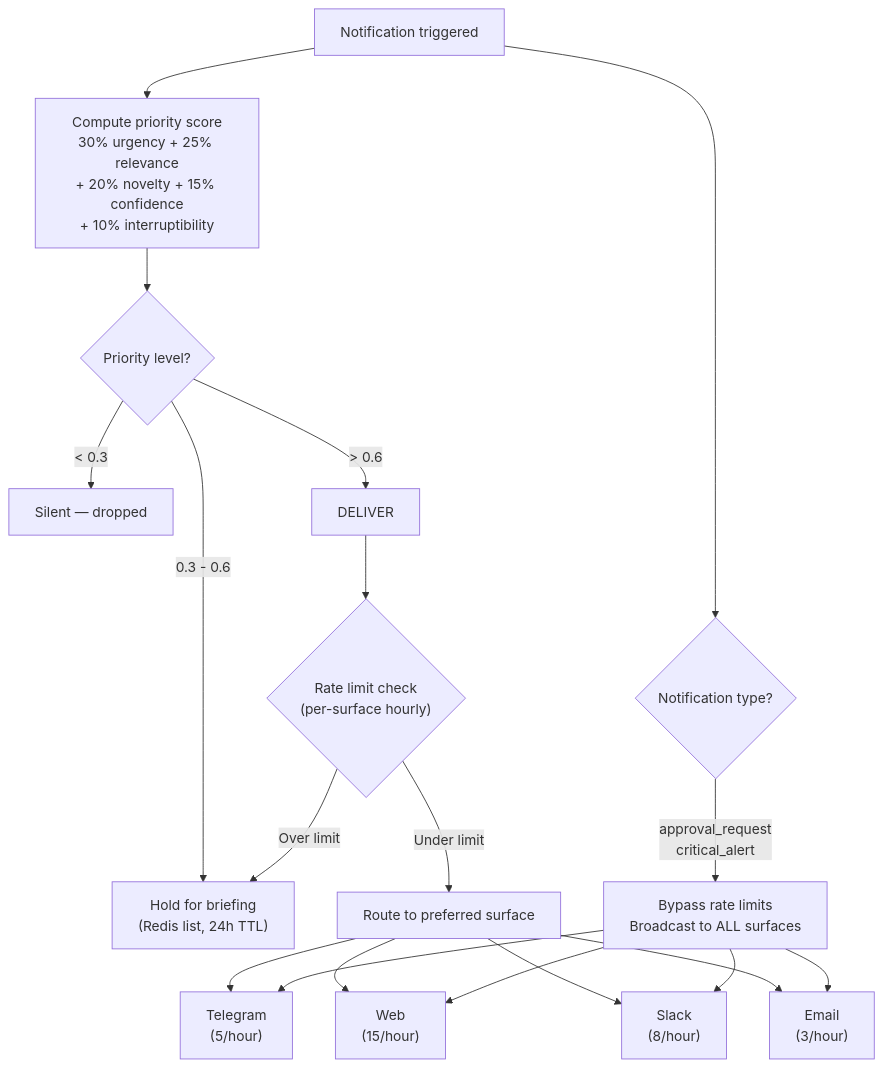
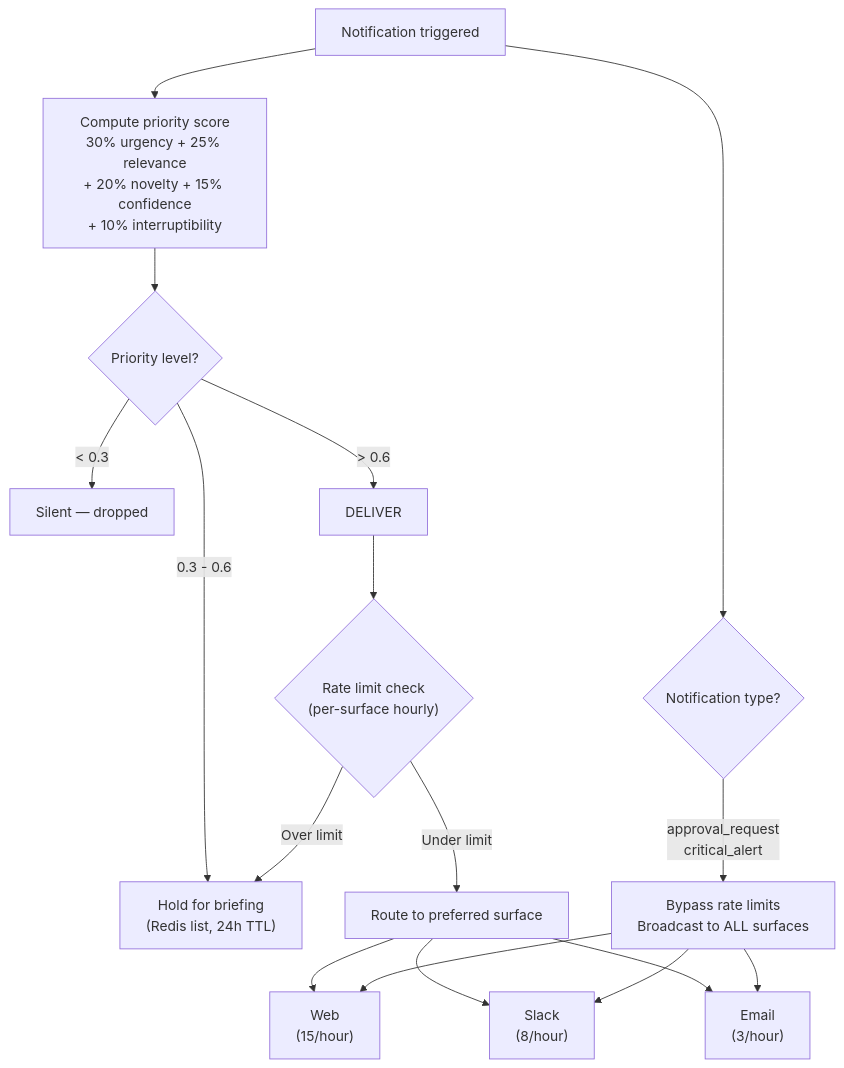
Diagram 16 of 17 in docs/architecture/plan-execution-deep-dive.md (shivadharmi/muldro), drawn with Mermaid before and after one commit. The commit also changed other lines of this file and 13 other files, not shown here.

````diff
--- a/docs/architecture/plan-execution-deep-dive.md
+++ b/docs/architecture/plan-execution-deep-dive.md
@@ -940,26 +940,24 @@
 ```mermaid
 flowchart TD
     EVENT["Notification triggered"] --> SCORE["Compute priority score<br/>30% urgency + 25% relevance<br/>+ 20% novelty + 15% confidence<br/>+ 10% interruptibility"]
 
     SCORE --> PRIORITY{"Priority level?"}
     PRIORITY -->|"< 0.3"| SILENT["Silent — dropped"]
     PRIORITY -->|"0.3 - 0.6"| HOLD["Hold for briefing<br/>(Redis list, 24h TTL)"]
     PRIORITY -->|"> 0.6"| DELIVER
 
     EVENT --> TYPE{"Notification type?"}
     TYPE -->|"approval_request<br/>critical_alert"| BYPASS["Bypass rate limits<br/>Broadcast to ALL surfaces"]
 
     DELIVER --> RATE{"Rate limit check<br/>(per-surface hourly)"}
     RATE -->|"Under limit"| ROUTE["Route to preferred surface"]
     RATE -->|"Over limit"| HOLD
 
-    ROUTE --> TG["Telegram<br/>(5/hour)"]
     ROUTE --> WEB["Web<br/>(15/hour)"]
     ROUTE --> SLACK["Slack<br/>(8/hour)"]
     ROUTE --> EMAIL["Email<br/>(3/hour)"]
 
-    BYPASS --> TG
     BYPASS --> WEB
     BYPASS --> SLACK
     BYPASS --> EMAIL
 ```
````
